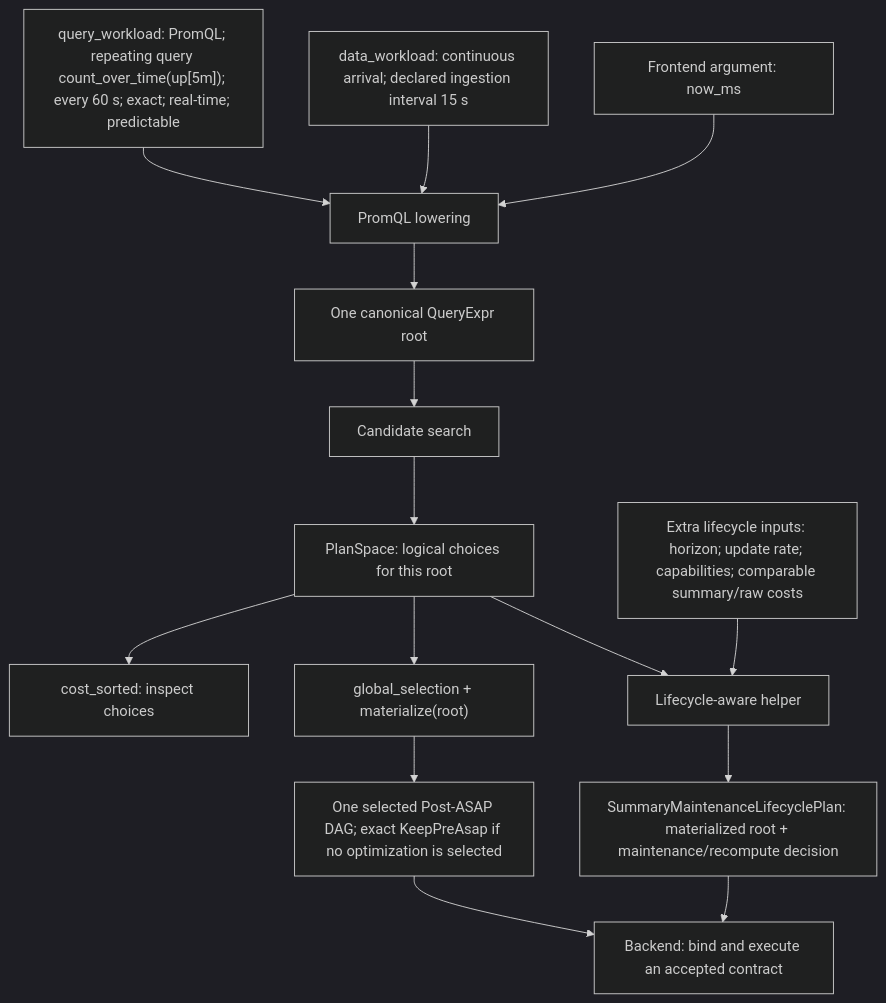
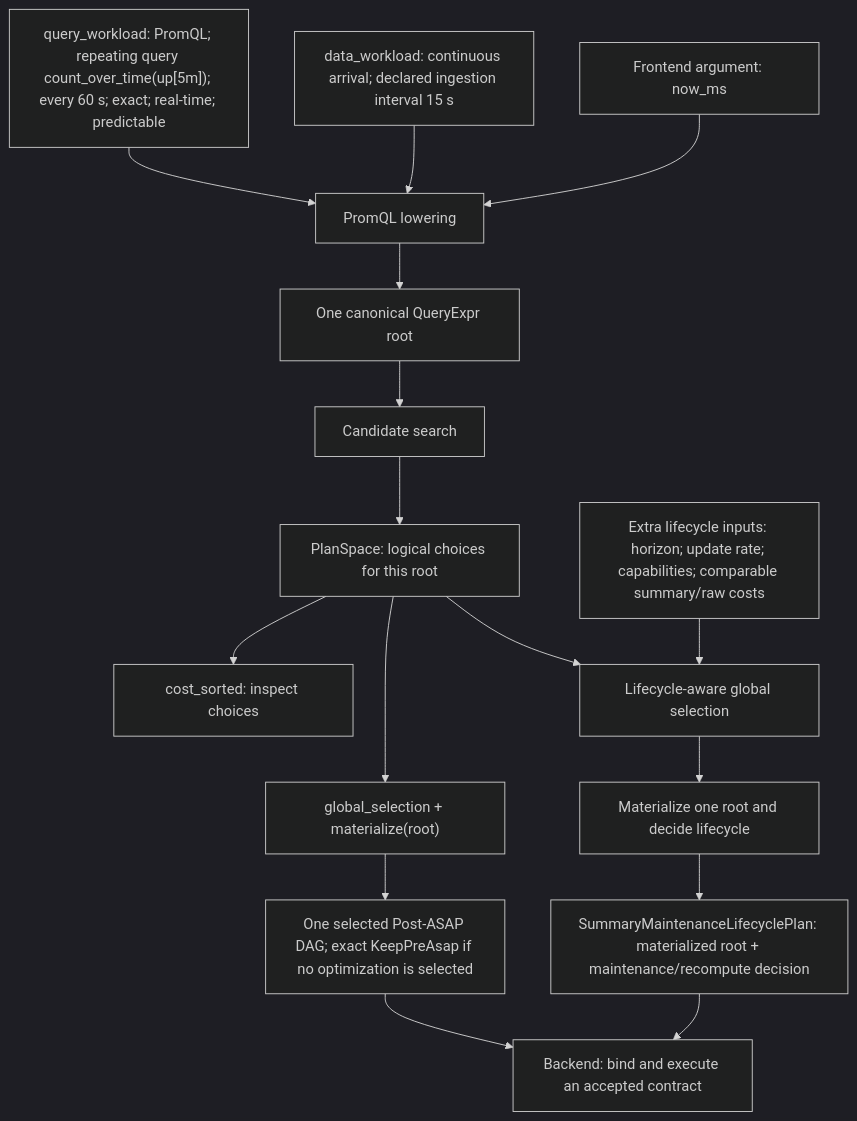
The first of 2 diagrams in docs/design_docs/architecture/input-output-workflow.md (ProjectASAP/ASAPPlanner), drawn with Mermaid (dark theme) before and after one commit. The commit also changed other lines of this file, not shown here.

Commit message:
docs: explain two-stage lifecycle planning workflow

````diff
--- a/docs/design_docs/architecture/input-output-workflow.md
+++ b/docs/design_docs/architecture/input-output-workflow.md
@@ -72,25 +76,26 @@
 ```mermaid
 flowchart TD
     Q["query_workload: PromQL; repeating query count_over_time(up[5m]); every 60 s; exact; real-time; predictable"]
     D["data_workload: continuous arrival; declared ingestion interval 15 s"]
     T["Frontend argument: now_ms"]
     F["PromQL lowering"]
     R["One canonical QueryExpr root"]
     S["Candidate search"]
     P["PlanSpace: logical choices for this root"]
     I["cost_sorted: inspect choices"]
     G["global_selection + materialize(root)"]
     L["One selected Post-ASAP DAG; exact KeepPreAsap if no optimization is selected"]
     X["Extra lifecycle inputs: horizon; update rate; capabilities; comparable summary/raw costs"]
-    H["Lifecycle-aware helper"]
+    H["Lifecycle-aware global selection"]
+    HM["Materialize one root and decide lifecycle"]
     O["SummaryMaintenanceLifecyclePlan: materialized root + maintenance/recompute decision"]
     B["Backend: bind and execute an accepted contract"]
     Q --> F
     D --> F
     T --> F
     F --> R --> S --> P
     P --> I
     P --> G --> L --> B
     P --> H
-    X --> H --> O --> B
+    X --> H --> HM --> O --> B
 ```
````
